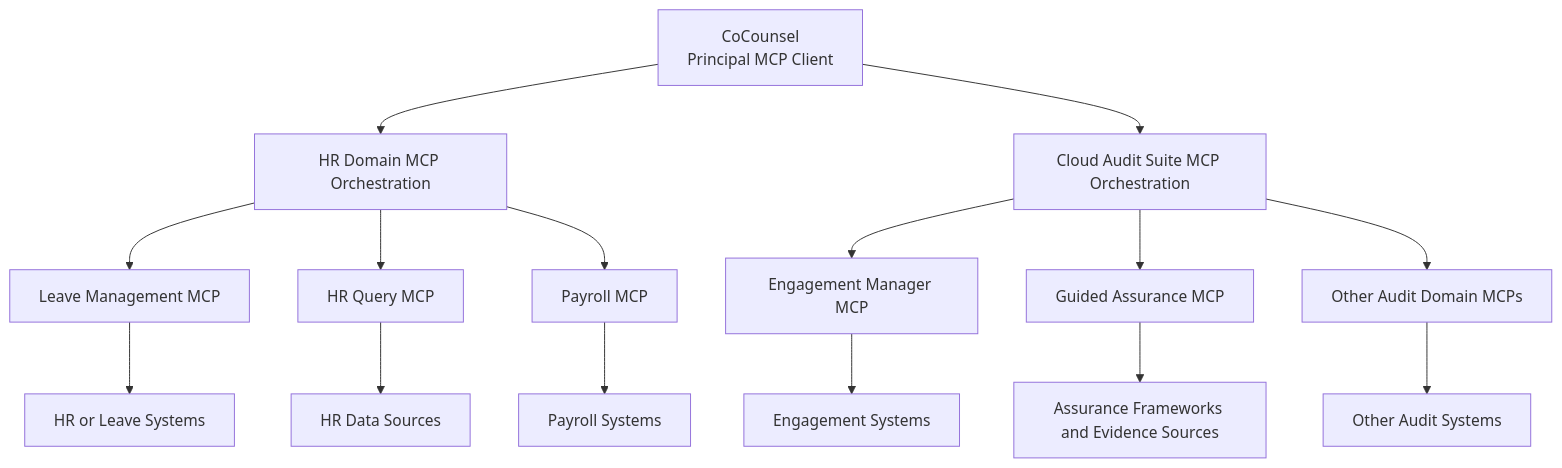
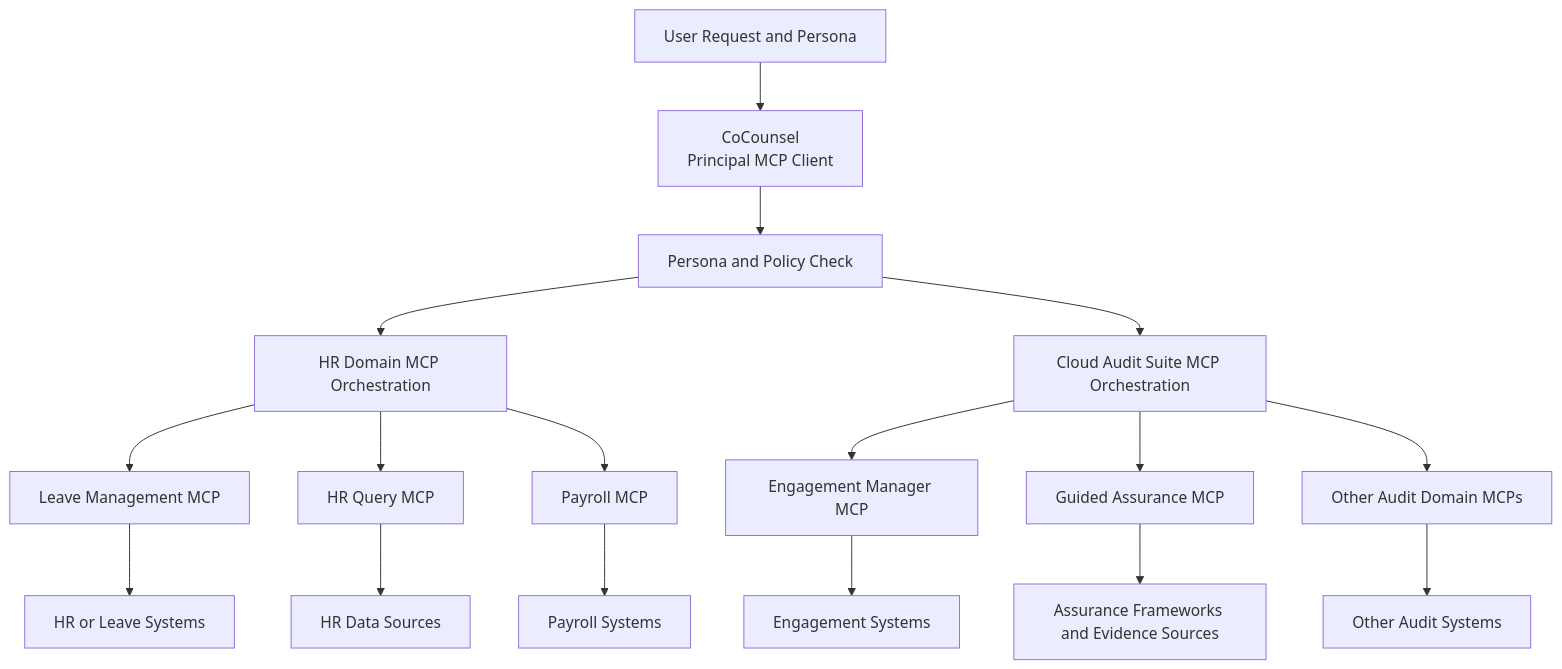
One commit to JayLathiaTR/mcp-orch-reverse-proxy-poc changed the diagram in README.md. Above: the diagram before and after it, drawn with Mermaid. The commit also changed other lines of this file, not shown here.

Commit message:
modify the MCP Orchestration structure

````diff
--- a/README.md
+++ b/README.md
@@ -142,23 +142,25 @@
 ```mermaid
 flowchart TD
-  A[CoCounsel<br/>Principal MCP Client]
+  U[User Request and Persona]
+  U --> A[CoCounsel<br/>Principal MCP Client]
 
-  A --> B[HR Domain MCP Orchestration]
-  A --> C[Cloud Audit Suite MCP Orchestration]
+  A --> P[Persona and Policy Check]
+  P --> B[HR Domain MCP Orchestration]
+  P --> C[Cloud Audit Suite MCP Orchestration]
 
   B --> B1[Leave Management MCP]
   B --> B2[HR Query MCP]
   B --> B3[Payroll MCP]
 
   C --> C1[Engagement Manager MCP]
   C --> C2[Guided Assurance MCP]
   C --> C3[Other Audit Domain MCPs]
 
   B1 --> S1[HR or Leave Systems]
   B2 --> S2[HR Data Sources]
   B3 --> S3[Payroll Systems]
 
   C1 --> S4[Engagement Systems]
   C2 --> S5[Assurance Frameworks and Evidence Sources]
   C3 --> S6[Other Audit Systems]
 ```
````
